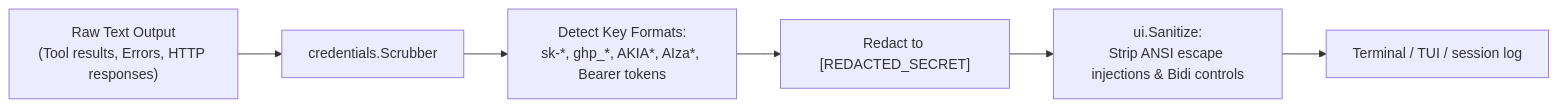
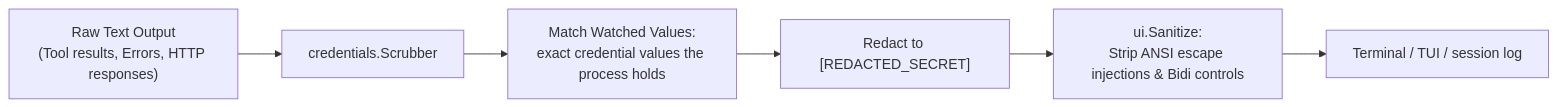
The seventh of 7 diagrams in docs/POLICY_AND_SAFETY.md (bharathvbcr/Manvi), drawn with Mermaid before and after one commit. The commit also changed other lines of this file and 3 other files, not shown here.

````diff
--- a/docs/POLICY_AND_SAFETY.md
+++ b/docs/POLICY_AND_SAFETY.md
@@ -291,8 +291,8 @@
 ```mermaid
 flowchart LR
     Source["Raw Text Output<br/>(Tool results, Errors, HTTP responses)"] --> Scrubber["credentials.Scrubber"]
-    Scrubber --> PatternMatch["Detect Key Formats:<br/>sk-*, ghp_*, AKIA*, AIza*, Bearer tokens"]
+    Scrubber --> PatternMatch["Match Watched Values:<br/>exact credential values the process holds"]
     PatternMatch --> Redact["Redact to [REDACTED_SECRET]"]
     Redact --> Sanitize["ui.Sanitize:<br/>Strip ANSI escape injections & Bidi controls"]
     Sanitize --> Sink["Terminal / TUI / session log"]
 ```
````
